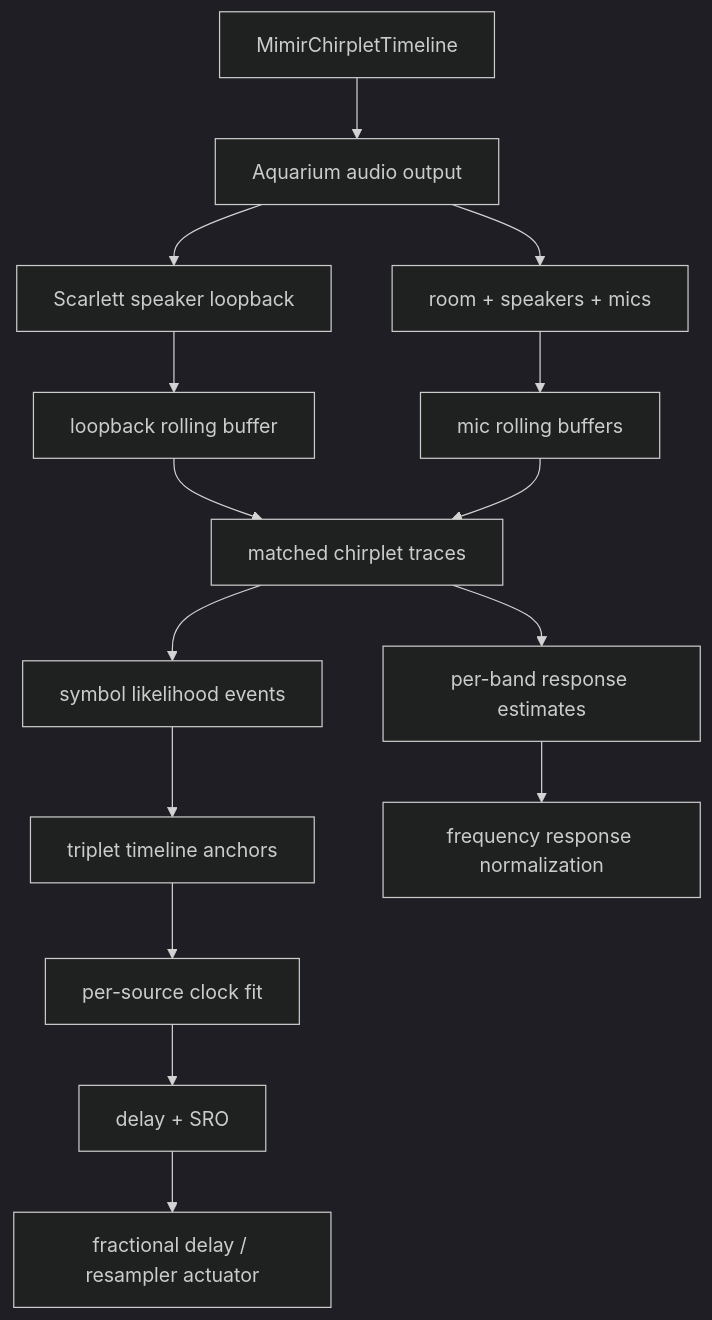
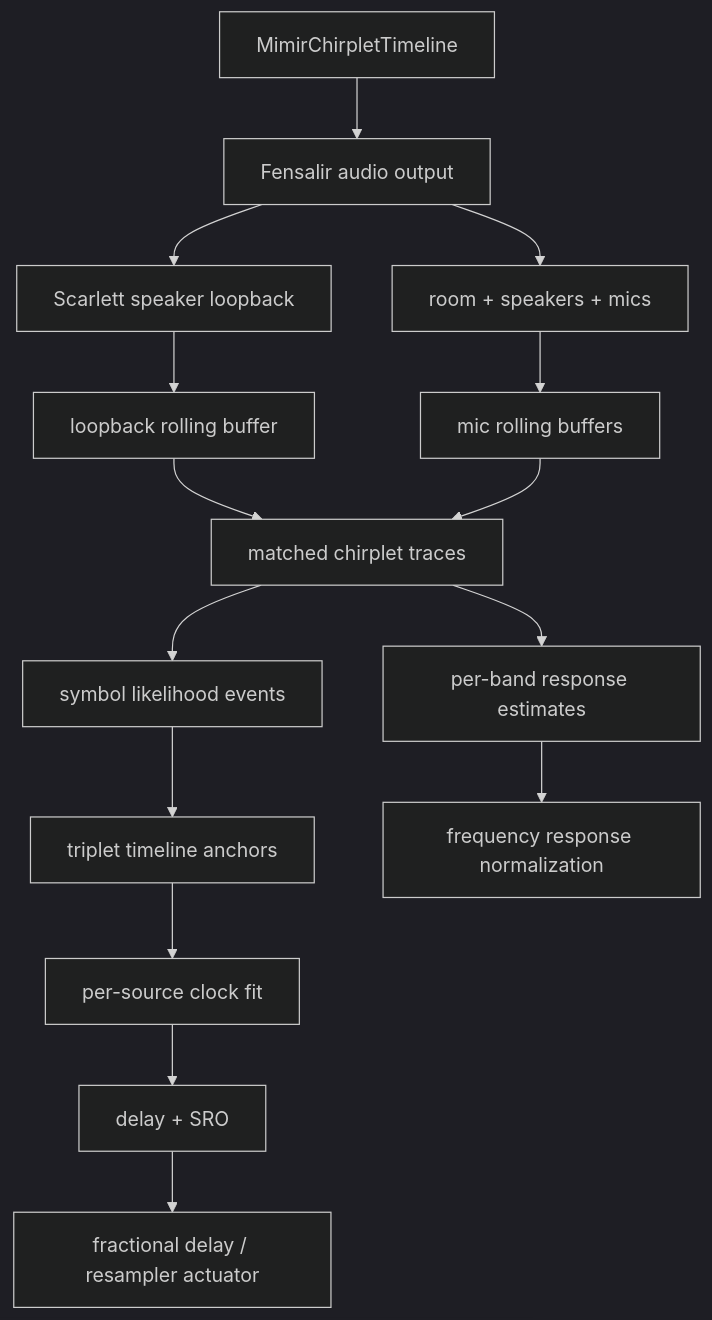
The second of 2 diagrams in docs/audio-field.md (GameCult/Mimir), drawn with Mermaid (dark theme) before and after one commit. The commit also changed other lines of this file and 16 other files, not shown here.

````diff
--- a/docs/audio-field.md
+++ b/docs/audio-field.md
@@ -182,17 +185,17 @@
 ```mermaid
 flowchart TD
-    A["MimirChirpletTimeline"] --> B["Aquarium audio output"]
+    A["MimirChirpletTimeline"] --> B["Fensalir audio output"]
     B --> C["Scarlett speaker loopback"]
     B --> D["room + speakers + mics"]
     C --> E["loopback rolling buffer"]
     D --> F["mic rolling buffers"]
     E --> G["matched chirplet traces"]
     F --> G
     G --> H["symbol likelihood events"]
     H --> L["triplet timeline anchors"]
     L --> M["per-source clock fit"]
     M --> N["delay + SRO"]
     G --> I["per-band response estimates"]
     N --> J["fractional delay / resampler actuator"]
     I --> K["frequency response normalization"]
 ```
````
